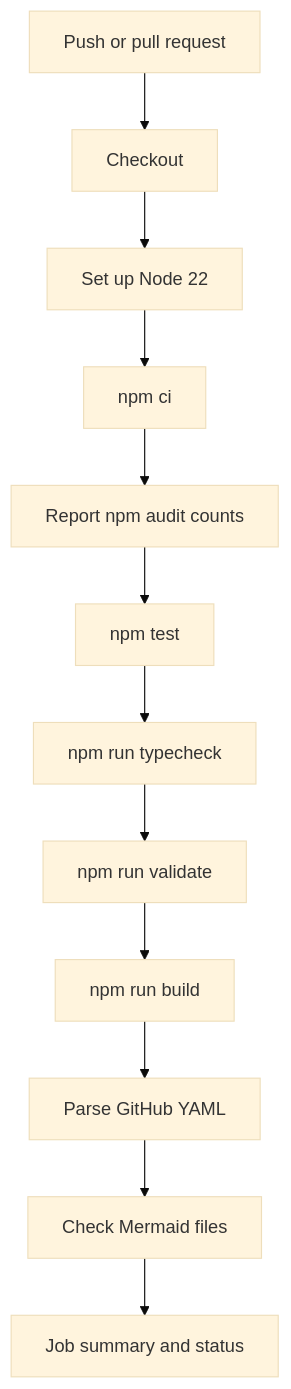
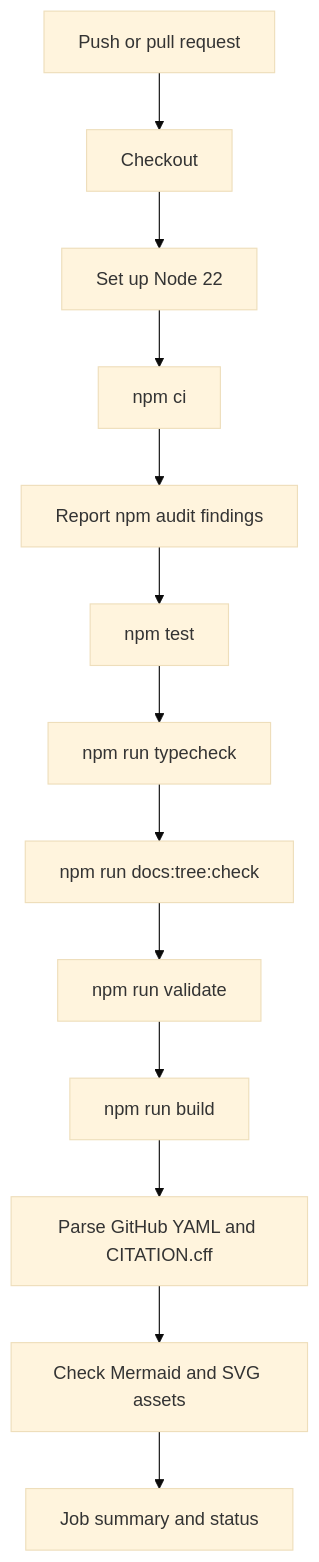
Before and after one commit to Brajesh31/CodeShare: the diagram in docs/ci-cd.md, drawn with Mermaid (base theme). The commit also changed other lines of this file, not shown here.

````diff
--- a/docs/ci-cd.md
+++ b/docs/ci-cd.md
@@ -12,14 +16,15 @@
 ```mermaid
 flowchart TD
     A[Push or pull request] --> B[Checkout]
     B --> C[Set up Node 22]
     C --> D[npm ci]
-    D --> E[Report npm audit counts]
+    D --> E[Report npm audit findings]
     E --> F[npm test]
     F --> G[npm run typecheck]
-    G --> H[npm run validate]
-    H --> I[npm run build]
-    I --> J[Parse GitHub YAML]
-    J --> K[Check Mermaid files]
-    K --> L[Job summary and status]
+    G --> H[npm run docs:tree:check]
+    H --> I[npm run validate]
+    I --> J[npm run build]
+    J --> K[Parse GitHub YAML and CITATION.cff]
+    K --> L[Check Mermaid and SVG assets]
+    L --> M[Job summary and status]
 ```
````
